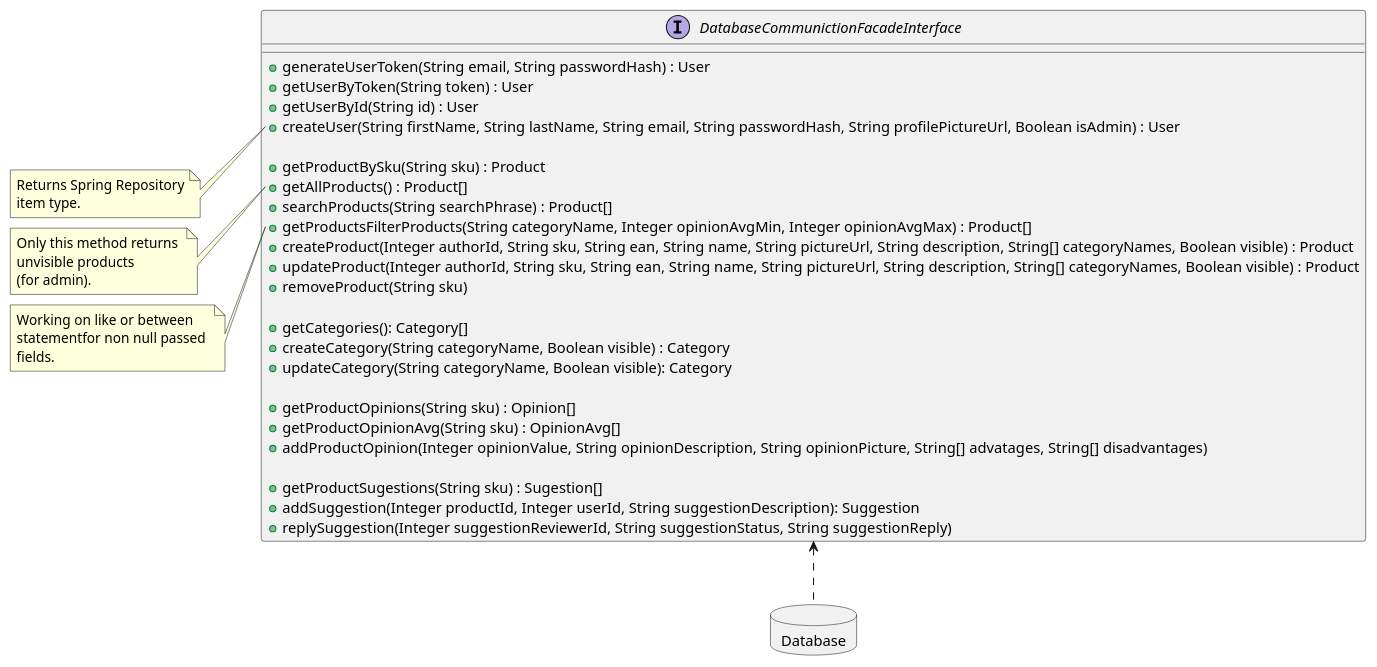
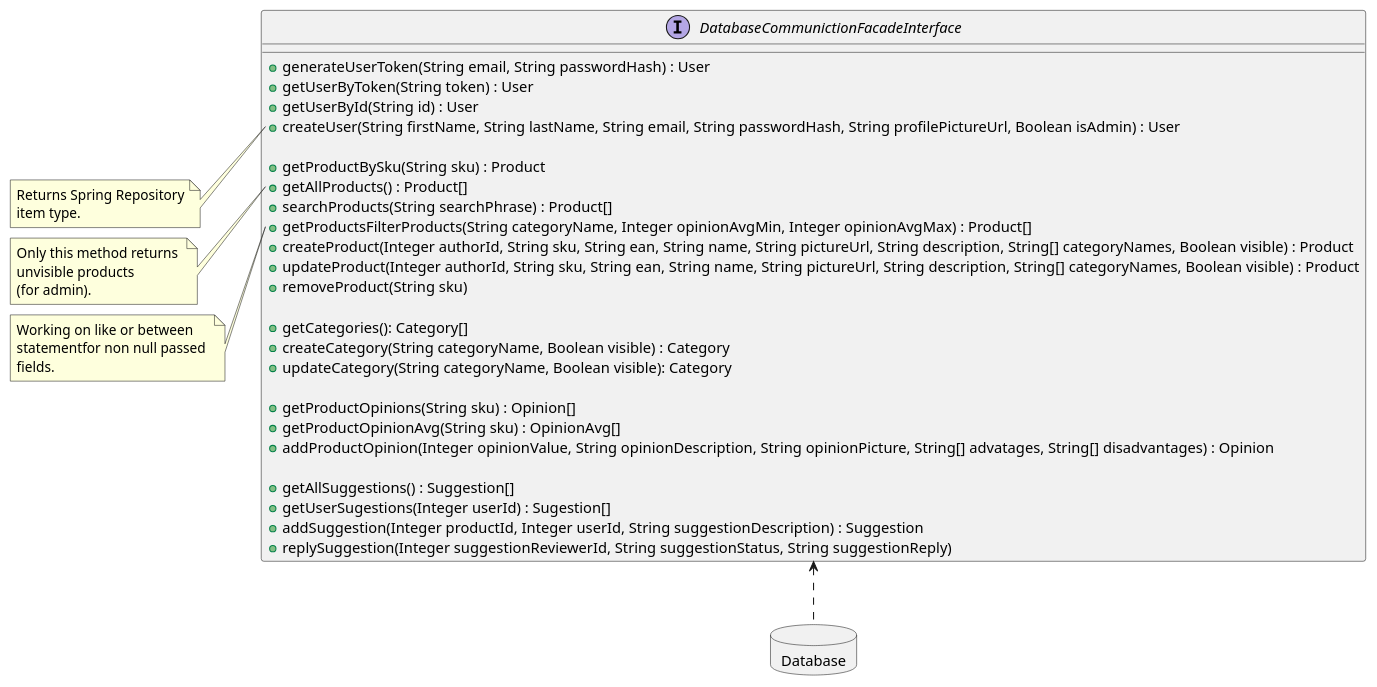
One commit to RadekBucki/OpinionCollectorArchitecture changed the diagram in BackendDatabaseCommunication.md. Above: the diagram before and after it, drawn with PlantUML. The commit also changed 1 other file, not shown here.

Commit message:
Add SuggestionFacade

````diff
--- a/BackendDatabaseCommunication.md
+++ b/BackendDatabaseCommunication.md
@@ -3,53 +3,54 @@
 ```plantuml
 @startuml
 DatabaseCommunictionFacadeInterface <.. Database
 
 database Database {
 }
 
 interface DatabaseCommunictionFacadeInterface {
     + generateUserToken(String email, String passwordHash) : User
     + getUserByToken(String token) : User
     + getUserById(String id) : User
     + createUser(String firstName, String lastName, String email, String passwordHash, String profilePictureUrl, Boolean isAdmin) : User
     
     + getProductBySku(String sku) : Product
     + getAllProducts() : Product[]
     + searchProducts(String searchPhrase) : Product[]
     + getProductsFilterProducts(String categoryName, Integer opinionAvgMin, Integer opinionAvgMax) : Product[]
     + createProduct(Integer authorId, String sku, String ean, String name, String pictureUrl, String description, String[] categoryNames, Boolean visible) : Product
     + updateProduct(Integer authorId, String sku, String ean, String name, String pictureUrl, String description, String[] categoryNames, Boolean visible) : Product
     + removeProduct(String sku)
     
     + getCategories(): Category[]
     + createCategory(String categoryName, Boolean visible) : Category
     + updateCategory(String categoryName, Boolean visible): Category
     
     + getProductOpinions(String sku) : Opinion[]
     + getProductOpinionAvg(String sku) : OpinionAvg[]
-    + addProductOpinion(Integer opinionValue, String opinionDescription, String opinionPicture, String[] advatages, String[] disadvantages)
+    + addProductOpinion(Integer opinionValue, String opinionDescription, String opinionPicture, String[] advatages, String[] disadvantages) : Opinion
     
-    + getProductSugestions(String sku) : Sugestion[]
-    + addSuggestion(Integer productId, Integer userId, String suggestionDescription): Suggestion
+    + getAllSuggestions() : Suggestion[]
+    + getUserSugestions(Integer userId) : Sugestion[]
+    + addSuggestion(Integer productId, Integer userId, String suggestionDescription) : Suggestion
     + replySuggestion(Integer suggestionReviewerId, String suggestionStatus, String suggestionReply)
 }
 
 note left of DatabaseCommunictionFacadeInterface::createUser
     Returns Spring Repository
     item type.
 endnote
 
 note left of DatabaseCommunictionFacadeInterface::getAllProducts
     Only this method returns 
     unvisible products
     (for admin).
 endnote
 
 note left of DatabaseCommunictionFacadeInterface::getProductsFilterProducts
     Working on like or between 
     statementfor non null passed 
     fields.
 endnote
 
 @enduml 
 ```
````
